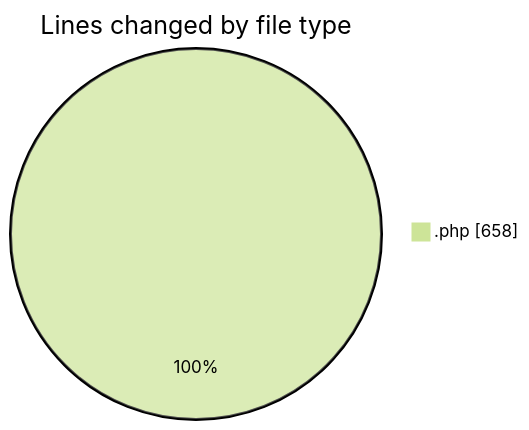
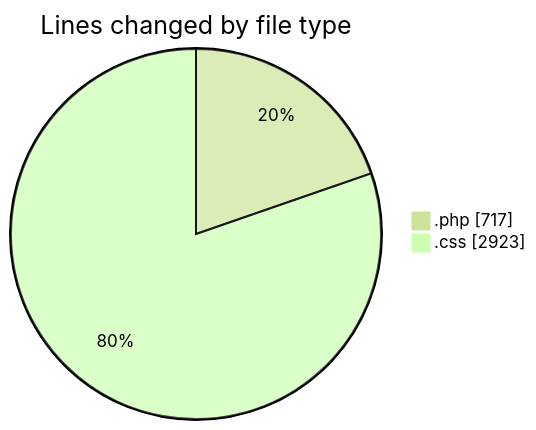
The first of 2 diagrams in 2026-08-06/untitled__workspace_/README.md (debugP/code-tracking), drawn with Mermaid (forest theme) before and after one commit. The commit also changed other lines of this file and 1 other file, not shown here.

````diff
--- a/2026-08-06/untitled__workspace_/README.md
+++ b/2026-08-06/untitled__workspace_/README.md
@@ -20,5 +21,6 @@
 ```mermaid
 pie showData
 title Lines changed by file type
-".php" : 658
+".php" : 717
+".css" : 2923
 ```
````
